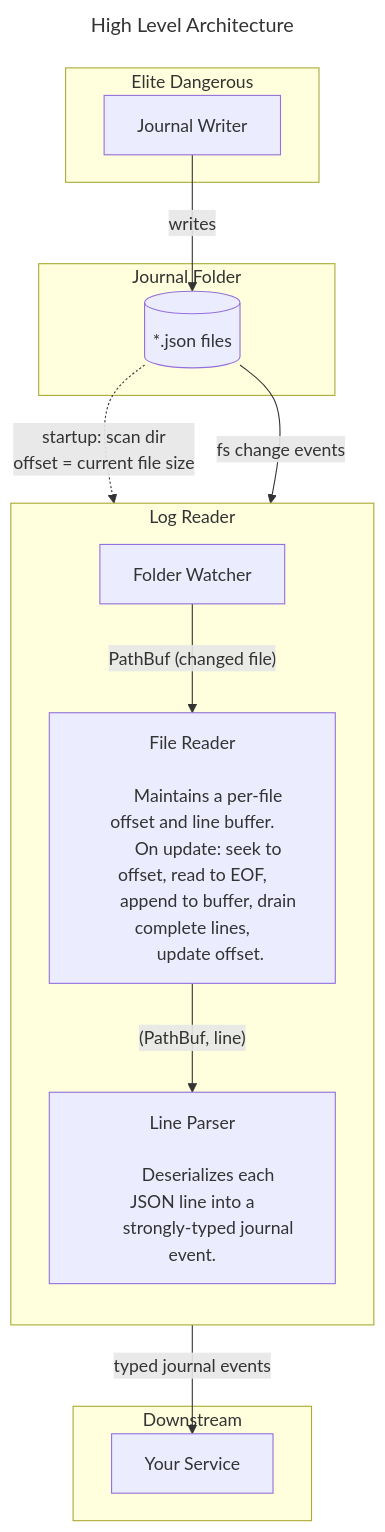
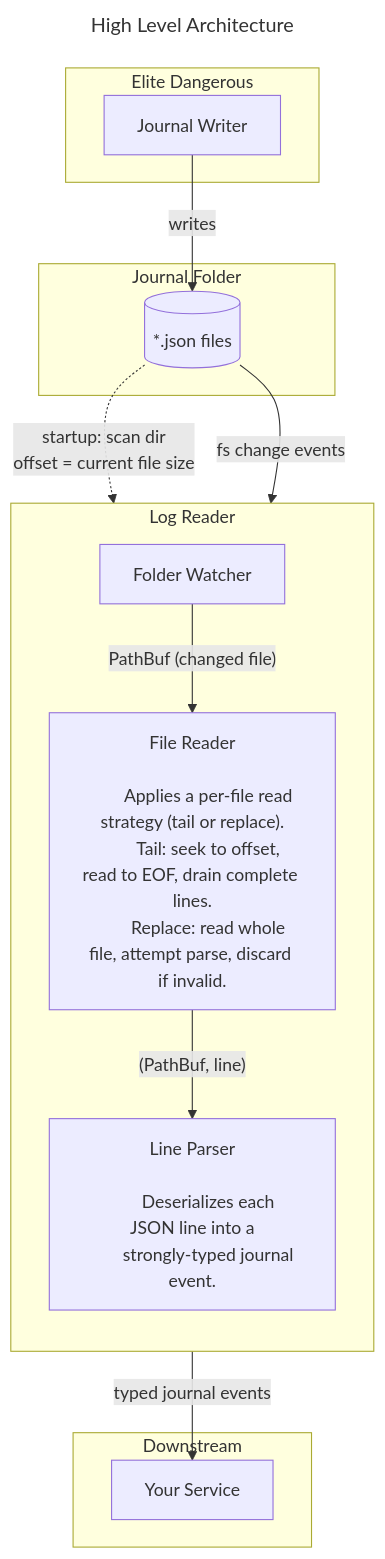
One commit to imcnaugh/watch_dir changed the diagram in README.md. Above: the diagram before and after it, drawn with Mermaid. The commit also changed 2 other files, not shown here.

Commit message:
oh read stragties, thats clean

````diff
--- a/README.md
+++ b/README.md
@@ -20,47 +20,46 @@
 ```mermaid
 ---
 title: High Level Architecture
 ---
 flowchart TB
     subgraph A["Elite Dangerous"]
         ed_log_writer["Journal Writer"]
     end
 
     subgraph B["Journal Folder"]
         journal_files[("*.json files")]
     end
 
     subgraph C["Log Reader"]
         direction TB
 
         folder_watcher["Folder Watcher"]
 
         file_reader["File Reader
 
-        Maintains a per-file offset and line buffer.
-        On update: seek to offset, read to EOF,
-        append to buffer, drain complete lines,
-        update offset."]
+        Applies a per-file read strategy (tail or replace).
+        Tail: seek to offset, read to EOF, drain complete lines.
+        Replace: read whole file, attempt parse, discard if invalid."]
 
         line_parser["Line Parser
 
         Deserializes each JSON line into a
         strongly-typed journal event."]
 
         folder_watcher -->|"PathBuf (changed file)"| file_reader
         file_reader -->|"(PathBuf, line)"| line_parser
     end
 
     subgraph D["Downstream"]
         your_service["Your Service"]
     end
 
     ed_log_writer -->|writes| journal_files
 
     journal_files -.->|"startup: scan dir
     offset = current file size"| file_reader
 
     journal_files -->|"fs change events"| folder_watcher
 
     line_parser -->|"typed journal events"| your_service
 ```
````
